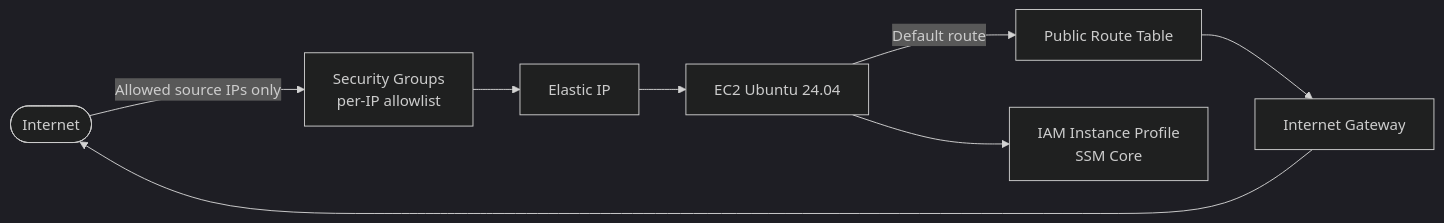
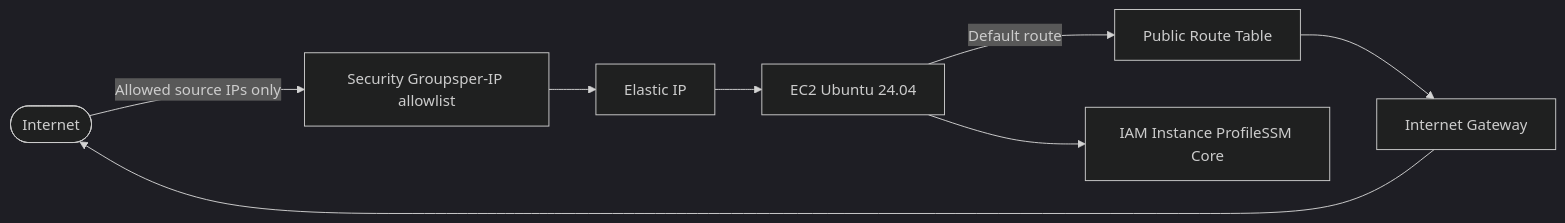
One commit to LLVSGMV/Piloto2-Resilmesh-AWS changed the diagram in docs/index.md. Above: the diagram before and after it, drawn with Mermaid (dark theme). The commit also changed 3 other files, not shown here.

````diff
--- a/docs/index.md
+++ b/docs/index.md
@@ -55,10 +55,10 @@
 ```mermaid
 flowchart LR
-    Internet([Internet]) -->|Allowed source IPs only| SG[Security Groups<br/>per-IP allowlist]
+    Internet([Internet]) -->|Allowed source IPs only| SG[Security Groupsper-IP allowlist]
     SG --> EIP[Elastic IP]
     EIP --> EC2[EC2 Ubuntu 24.04]
     EC2 -->|Default route| RT[Public Route Table]
     RT --> IGW[Internet Gateway]
     IGW --> Internet
-    EC2 --> IAM[IAM Instance Profile<br/>SSM Core]
+    EC2 --> IAM[IAM Instance ProfileSSM Core]
 ```
````
